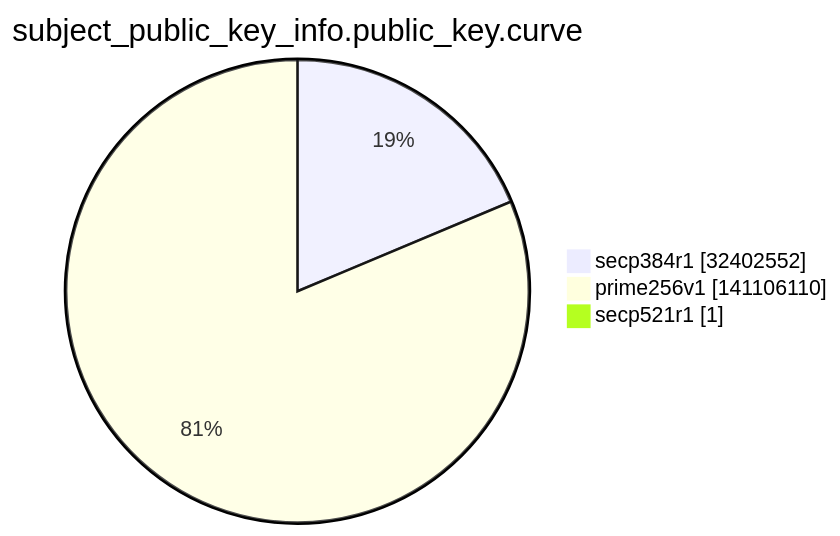
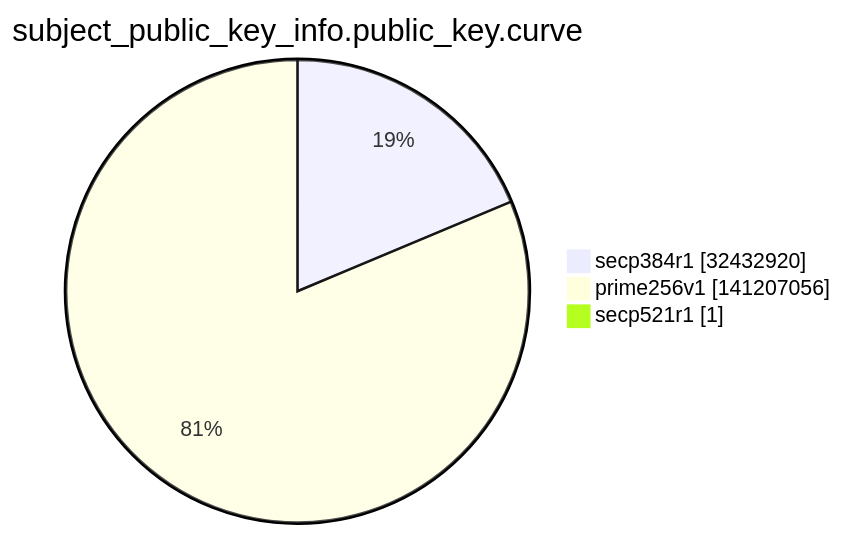
The ninth of 15 diagrams in argon2022/README.md (christiankrug/ctmonitor_visualization), drawn with Mermaid before and after one commit. The commit also changed other lines of this file, not shown here.

````diff
--- a/argon2022/README.md
+++ b/argon2022/README.md
@@ -2763,7 +2763,7 @@
 ```mermaid
 pie showData
 title subject_public_key_info.public_key.curve
-"secp384r1" :32402552
-"prime256v1" :141106110
+"secp384r1" :32432920
+"prime256v1" :141207056
 "secp521r1" :1
 ```
````
